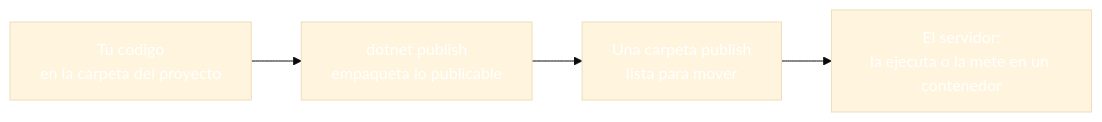
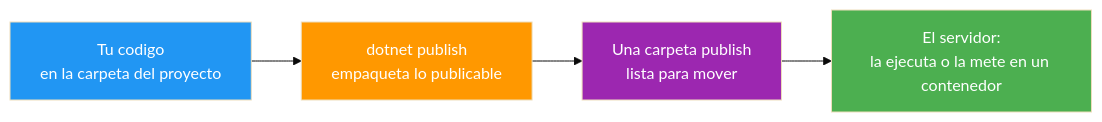
The first of 6 diagrams in 25-docker-despliegue.md (joseluisgs/DesarrolloWebEntornosServidor-03-2026-2027), drawn with Mermaid (base theme) before and after one commit. The commit also changed other lines of this file and 25 other files, not shown here.

Commit message:
docs: corregir los estilos Mermaid de los temas y alinear el dominio del tema 25 con ProductosApp

````diff
--- a/25-docker-despliegue.md
+++ b/25-docker-despliegue.md
@@ -50,10 +50,10 @@
 ```mermaid
 graph LR
     C["Tu codigo<br/>en la carpeta del proyecto"] --> P["dotnet publish<br/>empaqueta lo publicable"]
     P --> S["Una carpeta publish<br/>lista para mover"]
     S --> D["El servidor:<br/>la ejecuta o la mete en un contenedor"]
-    style C fill:#2196F,color:#fff3,color:#fff
-    style P fill:#FF980,color:#fff0,color:#fff
-    style S fill:#9C27B,color:#fff0,color:#fff
-    style D fill:#4CAF5,color:#fff0,color:#fff
+    style C fill:#2196F3,color:#fff
+    style P fill:#FF9800,color:#fff
+    style S fill:#9C27B0,color:#fff
+    style D fill:#4CAF50,color:#fff
 ```
````
